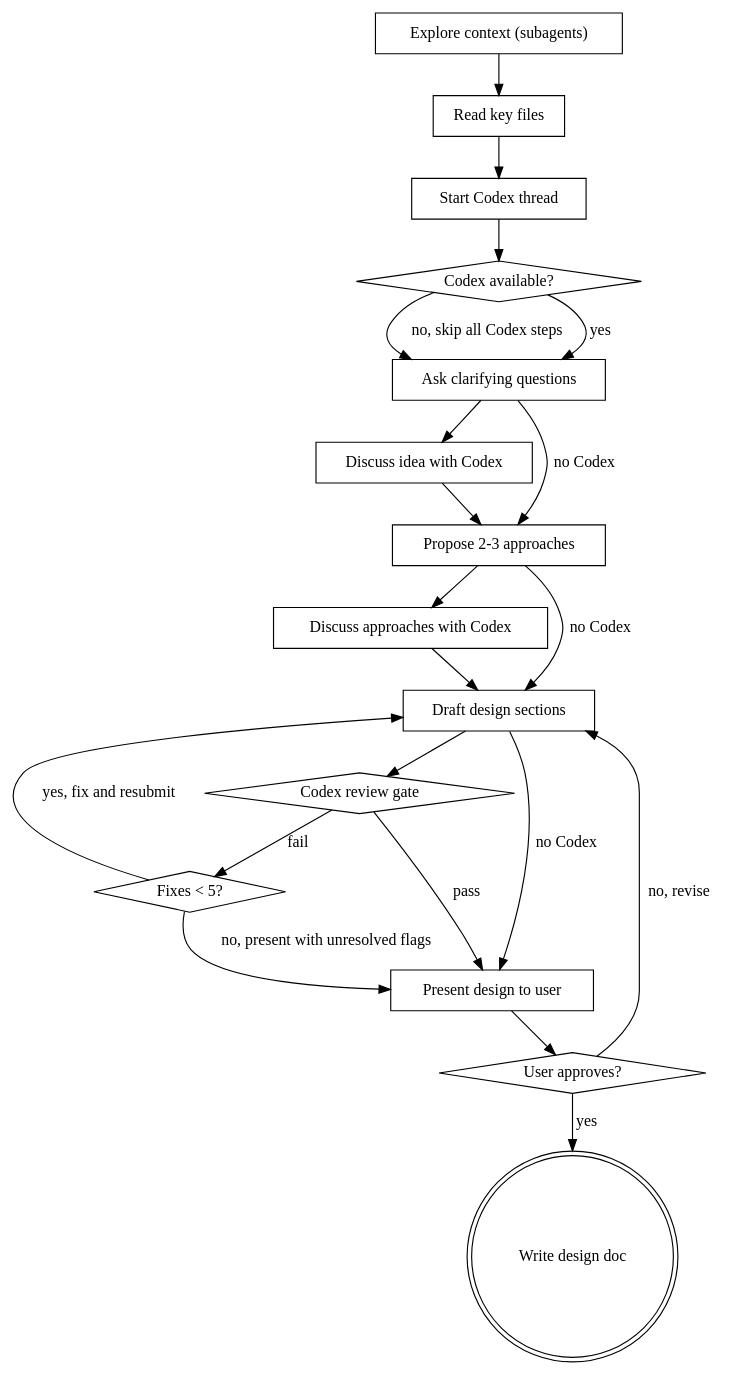
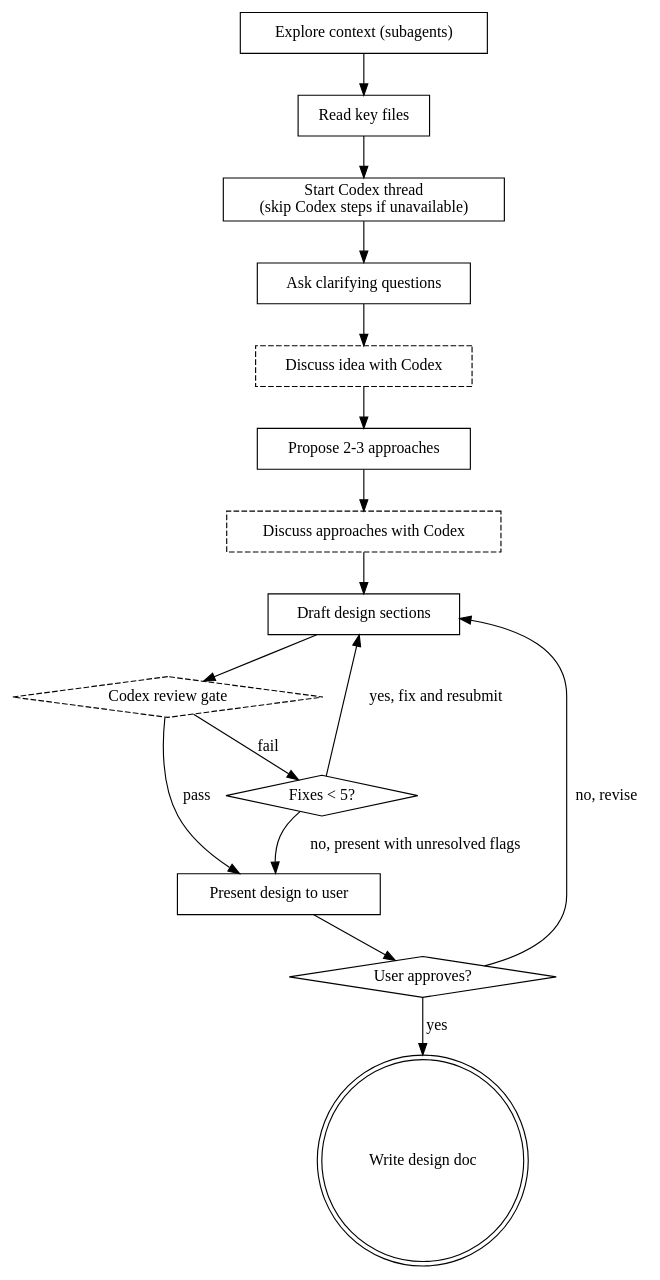
Before and after one commit to ebitoro/superpowers: the diagram in skills/brainstorming/SKILL.md, drawn with Graphviz. The commit also changed other lines of this file and 7 other files, not shown here.

First line of the commit message:
refactor(codex): harden state management, DRY shared patterns, enforce worktree gate

````diff
--- a/skills/brainstorming/SKILL.md
+++ b/skills/brainstorming/SKILL.md
@@ -76,39 +75,33 @@
 ```dot
 digraph brainstorming {
     "Explore context (subagents)" [shape=box];
     "Read key files" [shape=box];
-    "Start Codex thread" [shape=box];
-    "Codex available?" [shape=diamond];
+    "Start Codex thread" [shape=box label="Start Codex thread\n(skip Codex steps if unavailable)"];
     "Ask clarifying questions" [shape=box];
-    "Discuss idea with Codex" [shape=box];
+    "Discuss idea with Codex" [shape=box style=dashed];
     "Propose 2-3 approaches" [shape=box];
-    "Discuss approaches with Codex" [shape=box];
+    "Discuss approaches with Codex" [shape=box style=dashed];
     "Draft design sections" [shape=box];
-    "Codex review gate" [shape=diamond];
+    "Codex review gate" [shape=diamond style=dashed];
     "Fixes < 5?" [shape=diamond];
     "Present design to user" [shape=box];
     "User approves?" [shape=diamond];
     "Write design doc" [shape=doublecircle];
 
     "Explore context (subagents)" -> "Read key files";
     "Read key files" -> "Start Codex thread";
-    "Start Codex thread" -> "Codex available?";
-    "Codex available?" -> "Ask clarifying questions" [label="no, skip all Codex steps"];
-    "Codex available?" -> "Ask clarifying questions" [label="yes"];
+    "Start Codex thread" -> "Ask clarifying questions";
     "Ask clarifying questions" -> "Discuss idea with Codex";
-    "Ask clarifying questions" -> "Propose 2-3 approaches" [label="no Codex"];
     "Discuss idea with Codex" -> "Propose 2-3 approaches";
     "Propose 2-3 approaches" -> "Discuss approaches with Codex";
-    "Propose 2-3 approaches" -> "Draft design sections" [label="no Codex"];
     "Discuss approaches with Codex" -> "Draft design sections";
     "Draft design sections" -> "Codex review gate";
-    "Draft design sections" -> "Present design to user" [label="no Codex"];
     "Codex review gate" -> "Present design to user" [label="pass"];
     "Codex review gate" -> "Fixes < 5?" [label="fail"];
     "Fixes < 5?" -> "Draft design sections" [label="yes, fix and resubmit"];
     "Fixes < 5?" -> "Present design to user" [label="no, present with unresolved flags"];
     "Present design to user" -> "User approves?";
     "User approves?" -> "Draft design sections" [label="no, revise"];
     "User approves?" -> "Write design doc" [label="yes"];
 }
 ```
````
